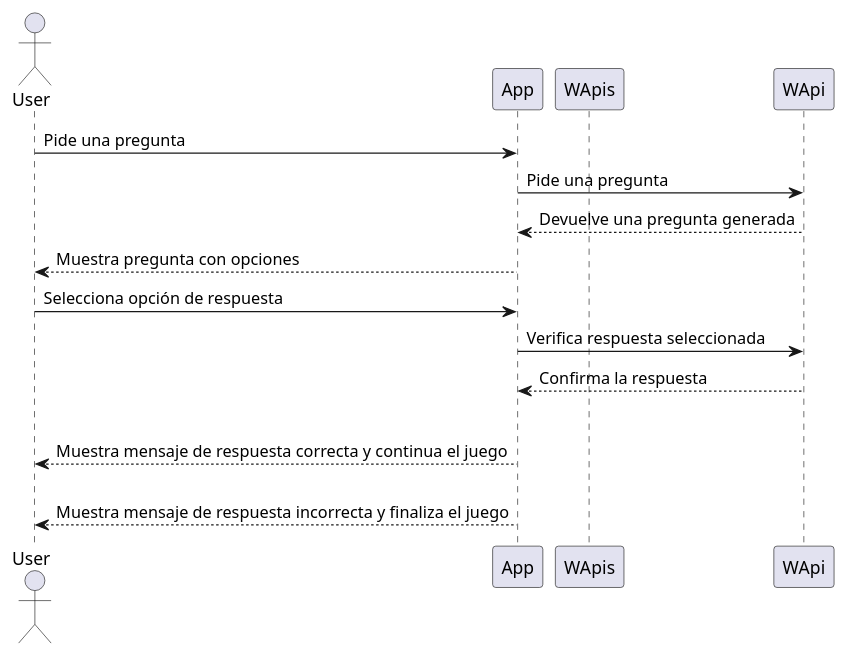
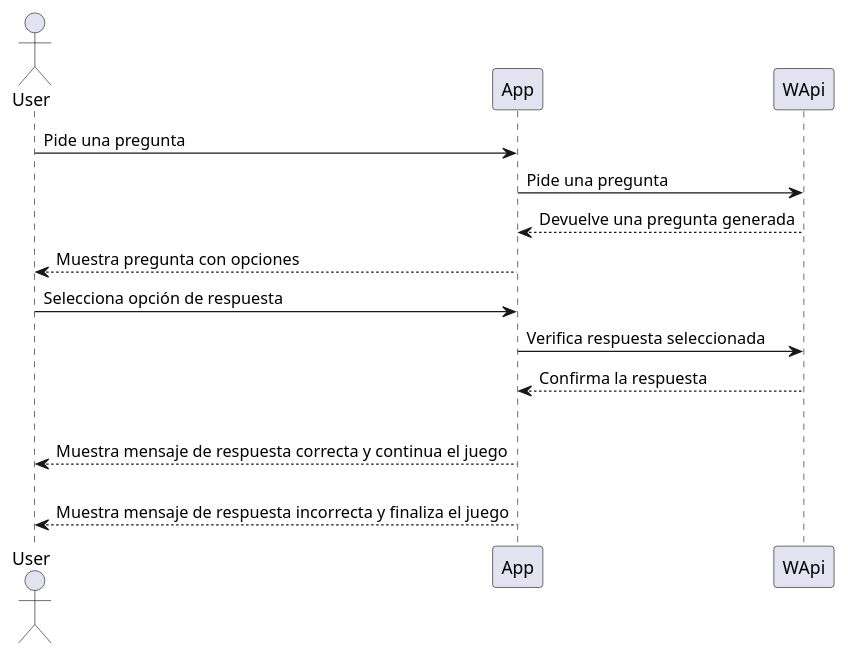
One commit to Arquisoft/wiq_es6b changed the third of 5 diagrams in docs/src/06_runtime_view.adoc. Above: the diagram before and after it, drawn with PlantUML.

Commit message:
Corrección WApis a WApi en seccion 6

```diff
--- a/docs/src/06_runtime_view.adoc
+++ b/docs/src/06_runtime_view.adoc
@@ -46,18 +46,18 @@
 [plantuml,"Sequence diagram",png]
 ----
 actor User
 participant App
-participant WApis
+participant WApi
 
 User -> App: Pide una pregunta
 App -> WApi: Pide una pregunta
 App <-- WApi: Devuelve una pregunta generada
 User <-- App: Muestra pregunta con opciones
 User -> App: Selecciona opción de respuesta
 App -> WApi: Verifica respuesta seleccionada
 App <-- WApi: Confirma la respuesta
 alt respuesta correcta
     User <-- App: Muestra mensaje de respuesta correcta y continua el juego
 else respuesta incorrecta
     User <-- App: Muestra mensaje de respuesta incorrecta y finaliza el juego
 ----
```
